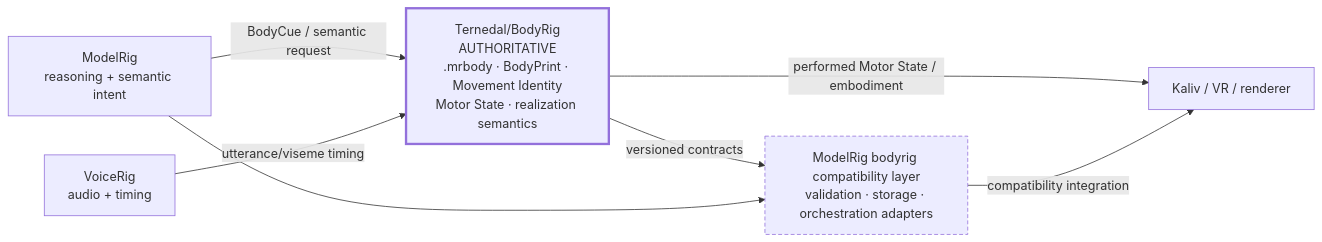
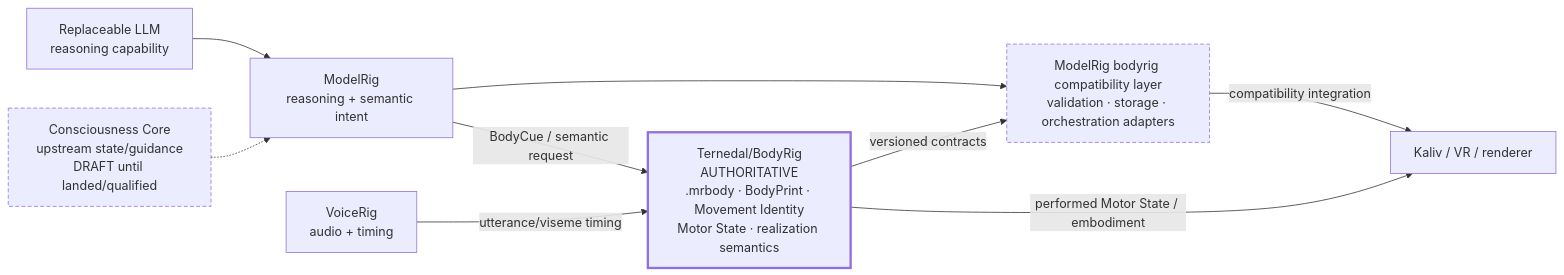
One commit to Ternedal/ModelRig changed the diagram in docs/bodyrig/README.md. Above: the diagram before and after it, drawn with Mermaid. The commit also changed other lines of this file, not shown here.

Commit message:
docs: align BodyRig integration diagram with Kaliv system definition

````diff
--- a/docs/bodyrig/README.md
+++ b/docs/bodyrig/README.md
@@ -22,20 +22,24 @@
 ```mermaid
 flowchart LR
+    C["Consciousness Core\nupstream state/guidance\nDRAFT until landed/qualified"]
+    L["Replaceable LLM\nreasoning capability"]
     M["ModelRig\nreasoning + semantic intent"]
     A["ModelRig bodyrig compatibility layer\nvalidation · storage · orchestration adapters"]
     B["Ternedal/BodyRig\nAUTHORITATIVE\n.mrbody · BodyPrint · Movement Identity\nMotor State · realization semantics"]
     V["VoiceRig\naudio + timing"]
     R["Kaliv / VR / renderer"]
 
+    C -.-> M
+    L --> M
     M -->|BodyCue / semantic request| B
     V -->|utterance/viseme timing| B
     B -->|performed Motor State / embodiment| R
     B -->|versioned contracts| A
     M --> A
     A -->|compatibility integration| R
 
     classDef authority stroke-width:3px;
     class B authority;
     classDef compat stroke-dasharray:5 3;
-    class A compat;
+    class A,C compat;
 ```
````
